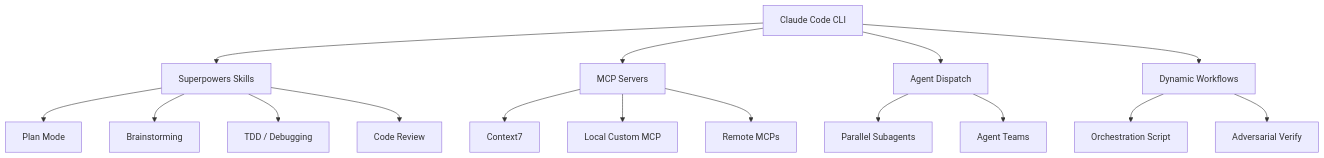
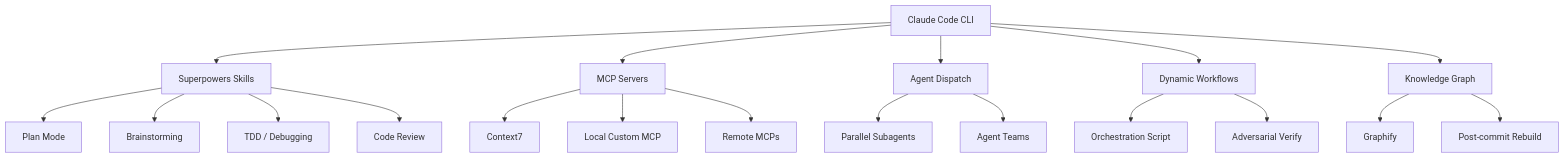
The diagram in README.md (LvcasX1/claude-code-workflow), drawn with Mermaid before and after one commit. The commit also changed other lines of this file and 2 other files, not shown here.

Commit message:
docs: add graphify knowledge graph to setup and workflow

````diff
--- a/README.md
+++ b/README.md
@@ -7,22 +7,26 @@
 ```mermaid
 graph TD
     A[Claude Code CLI] --> B[Superpowers Skills]
     A --> C[MCP Servers]
     A --> D[Agent Dispatch]
     A --> E[Dynamic Workflows]
+    A --> F[Knowledge Graph]
 
     B --> B1[Plan Mode]
     B --> B2[Brainstorming]
     B --> B3[TDD / Debugging]
     B --> B4[Code Review]
 
     C --> C1[Context7]
     C --> C2[Local Custom MCP]
     C --> C3[Remote MCPs]
 
     D --> D1[Parallel Subagents]
     D --> D2[Agent Teams]
 
     E --> E1[Orchestration Script]
     E --> E2[Adversarial Verify]
+
+    F --> F1[Graphify]
+    F --> F2[Post-commit Rebuild]
 ```
````
